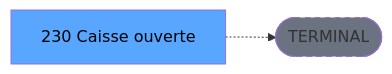
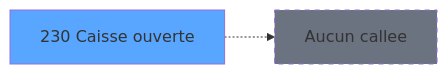
One commit to thonyAGP/magic-migration changed the third of 3 diagrams in .openspec/specs/ADH-IDE-230.md. Above: the diagram before and after it, drawn with Mermaid. The commit also changed other lines of this file and 493 other files, not shown here.

````diff
--- a/.openspec/specs/ADH-IDE-230.md
+++ b/.openspec/specs/ADH-IDE-230.md
@@ -138,8 +163,8 @@
 ```mermaid
 graph LR
-    T[230 Caisse ouverte]
-    TERM([TERMINAL])
-    T -.-> TERM
-    style TERM fill:#6b7280,stroke-dasharray: 5 5
-    style T fill:#58a6ff,color:#000
+    T230[230 Caisse ouverte]
+    style T230 fill:#58a6ff
+    NONE[Aucun callee]
+    T230 -.-> NONE
+    style NONE fill:#6b7280,stroke-dasharray: 5 5
 ```
````
